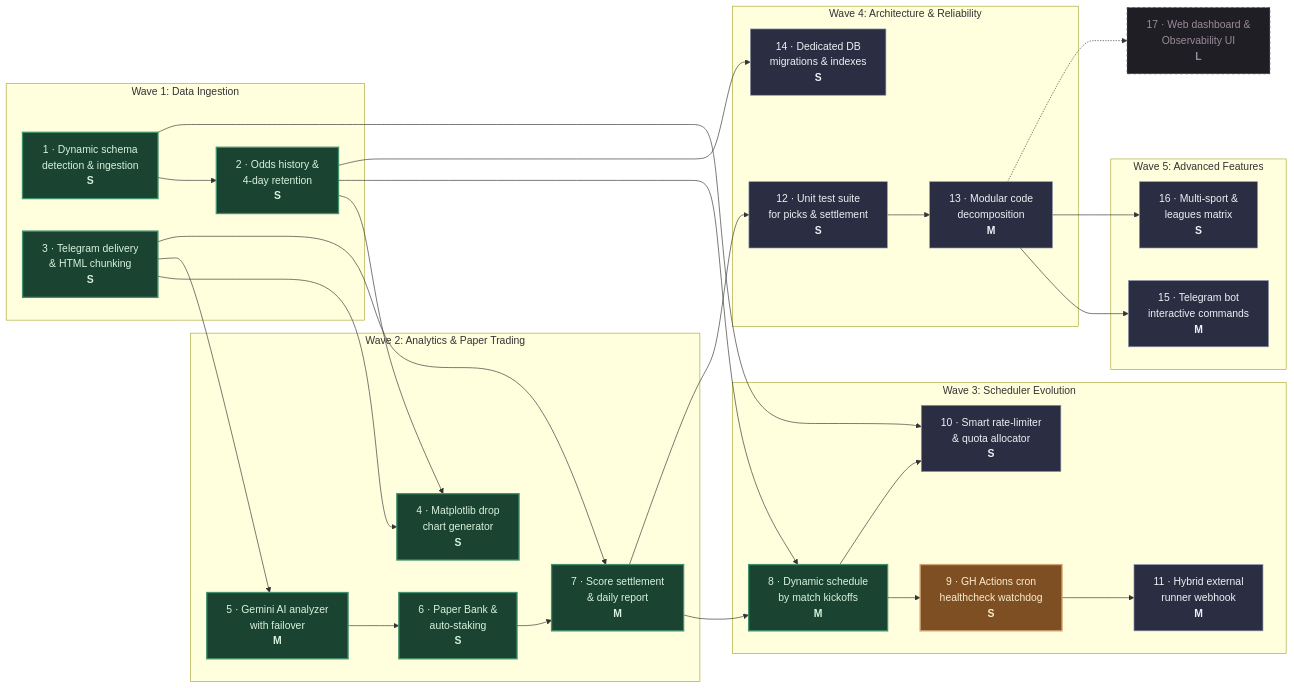
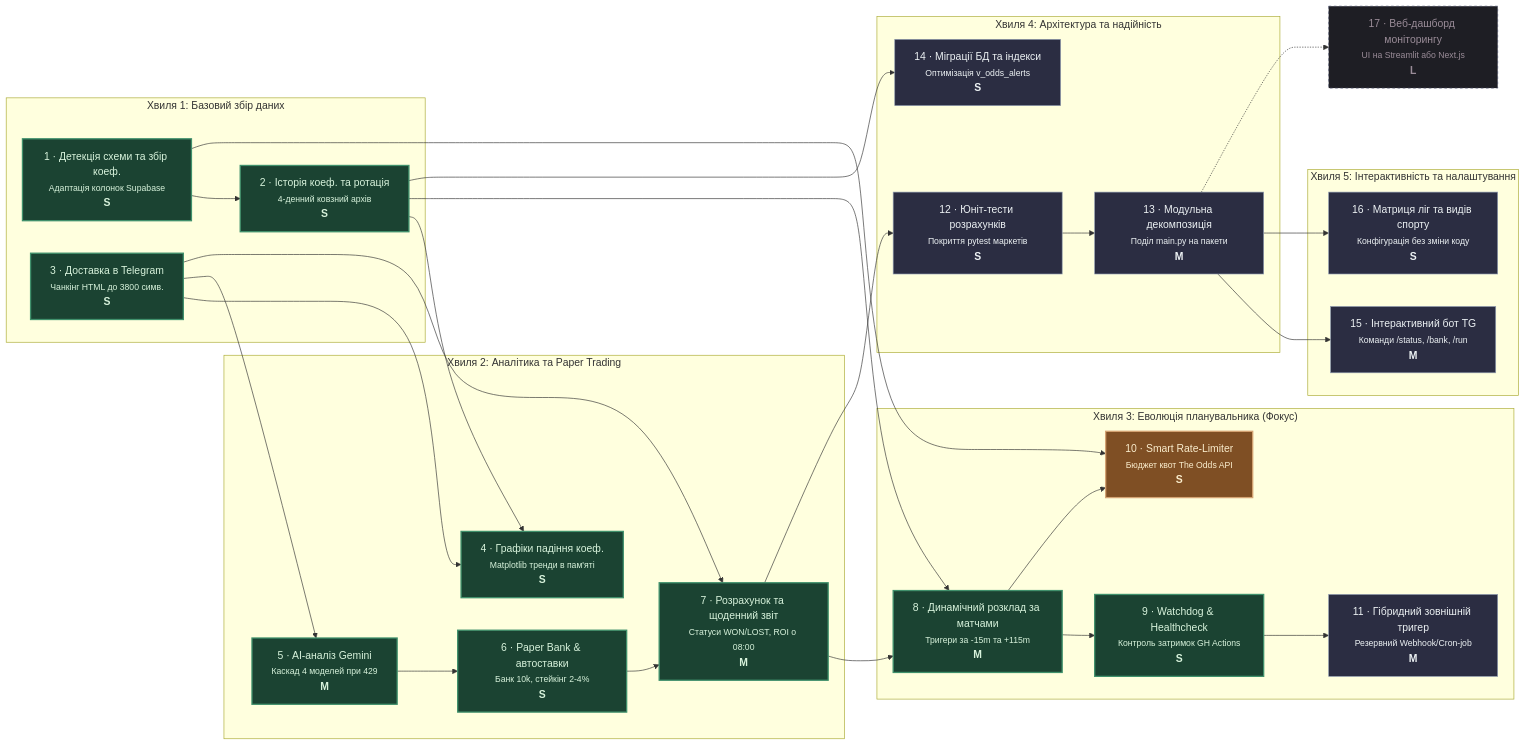
One commit to vsymchak/StatMonitor changed the diagram in docs/roadmap-diagram.md. Above: the diagram before and after it, drawn with Mermaid. The commit also changed other lines of this file and 7 other files, not shown here.

Commit message:
feat: implement watchdog (step 9) and localize roadmap diagram to Ukrainian

````diff
--- a/docs/roadmap-diagram.md
+++ b/docs/roadmap-diagram.md
@@ -7,69 +8,69 @@
 ```mermaid
 flowchart LR
     classDef shipped fill:#1b4332,stroke:#40916c,color:#d8f3dc,stroke-width:2px;
     classDef in_progress fill:#7f4f24,stroke:#d4a373,color:#faedcd,stroke-width:2px;
     classDef idea fill:#2b2d42,stroke:#8d99ae,color:#edf2f4,stroke-width:1px;
     classDef fog fill:#1e1e24,stroke:#4a4e69,color:#9a8c98,stroke-width:1px,stroke-dasharray: 4 4;
 
-    subgraph Wave1["Wave 1: Data Ingestion"]
-        1["1 · Dynamic schema<br>detection & ingestion<br><b>S</b>"]:::shipped
-        2["2 · Odds history &<br>4-day retention<br><b>S</b>"]:::shipped
-        3["3 · Telegram delivery<br>& HTML chunking<br><b>S</b>"]:::shipped
+    subgraph Wave1["Хвиля 1: Базовий збір даних"]
+        1["1 · Детекція схеми та збір коеф.<br><small>Адаптація колонок Supabase</small><br><b>S</b>"]:::shipped
+        2["2 · Історія коеф. та ротація<br><small>4-денний ковзний архів</small><br><b>S</b>"]:::shipped
+        3["3 · Доставка в Telegram<br><small>Чанкінг HTML до 3800 симв.</small><br><b>S</b>"]:::shipped
     end
 
-    subgraph Wave2["Wave 2: Analytics & Paper Trading"]
-        4["4 · Matplotlib drop<br>chart generator<br><b>S</b>"]:::shipped
-        5["5 · Gemini AI analyzer<br>with failover<br><b>M</b>"]:::shipped
-        6["6 · Paper Bank &<br>auto-staking<br><b>S</b>"]:::shipped
-        7["7 · Score settlement<br>& daily report<br><b>M</b>"]:::shipped
+    subgraph Wave2["Хвиля 2: Аналітика та Paper Trading"]
+        4["4 · Графіки падіння коеф.<br><small>Matplotlib тренди в пам'яті</small><br><b>S</b>"]:::shipped
+        5["5 · AI-аналіз Gemini<br><small>Каскад 4 моделей при 429</small><br><b>M</b>"]:::shipped
+        6["6 · Paper Bank & автоставки<br><small>Банк 10k, стейкінг 2-4%</small><br><b>S</b>"]:::shipped
+        7["7 · Розрахунок та щоденний звіт<br><small>Статуси WON/LOST, ROI о 08:00</small><br><b>M</b>"]:::shipped
     end
 
-    subgraph Wave3["Wave 3: Scheduler Evolution"]
-        8["8 · Dynamic schedule<br>by match kickoffs<br><b>M</b>"]:::shipped
-        9["9 · GH Actions cron<br>healthcheck watchdog<br><b>S</b>"]:::in_progress
-        10["10 · Smart rate-limiter<br>& quota allocator<br><b>S</b>"]:::idea
-        11["11 · Hybrid external<br>runner webhook<br><b>M</b>"]:::idea
+    subgraph Wave3["Хвиля 3: Еволюція планувальника (Фокус)"]
+        8["8 · Динамічний розклад за матчами<br><small>Тригери за -15m та +115m</small><br><b>M</b>"]:::shipped
+        9["9 · Watchdog & Healthcheck<br><small>Контроль затримок GH Actions</small><br><b>S</b>"]:::shipped
+        10["10 · Smart Rate-Limiter<br><small>Бюджет квот The Odds API</small><br><b>S</b>"]:::in_progress
+        11["11 · Гібридний зовнішній тригер<br><small>Резервний Webhook/Cron-job</small><br><b>M</b>"]:::idea
     end
 
-    subgraph Wave4["Wave 4: Architecture & Reliability"]
-        12["12 · Unit test suite<br>for picks & settlement<br><b>S</b>"]:::idea
-        13["13 · Modular code<br>decomposition<br><b>M</b>"]:::idea
-        14["14 · Dedicated DB<br>migrations & indexes<br><b>S</b>"]:::idea
+    subgraph Wave4["Хвиля 4: Архітектура та надійність"]
+        12["12 · Юніт-тести розрахунків<br><small>Покриття pytest маркетів</small><br><b>S</b>"]:::idea
+        13["13 · Модульна декомпозиція<br><small>Поділ main.py на пакети</small><br><b>M</b>"]:::idea
+        14["14 · Міграції БД та індекси<br><small>Оптимізація v_odds_alerts</small><br><b>S</b>"]:::idea
     end
 
-    subgraph Wave5["Wave 5: Advanced Features"]
-        15["15 · Telegram bot<br>interactive commands<br><b>M</b>"]:::idea
-        16["16 · Multi-sport &<br>leagues matrix<br><b>S</b>"]:::idea
+    subgraph Wave5["Хвиля 5: Інтерактивність та налаштування"]
+        15["15 · Інтерактивний бот TG<br><small>Команди /status, /bank, /run</small><br><b>M</b>"]:::idea
+        16["16 · Матриця ліг та видів спорту<br><small>Конфігурація без зміни коду</small><br><b>S</b>"]:::idea
     end
 
-    17["17 · Web dashboard &<br>Observability UI<br><b>L</b>"]:::fog
+    17["17 · Веб-дашборд моніторингу<br><small>UI на Streamlit або Next.js</small><br><b>L</b>"]:::fog
 
-    %% Dependencies
+    %% Залежності Хвилі 1 і 2
     1 --> 2
     2 --> 4
     3 --> 4
     3 --> 5
     5 --> 6
     6 --> 7
     3 --> 7
 
-    %% Scheduler wave connections
+    %% Залежності Хвилі 3 (Планувальник)
     2 --> 8
     7 --> 8
     8 --> 9
     1 --> 10
     8 --> 10
     9 --> 11
 
-    %% Wave 4 connections
+    %% Залежності Хвилі 4
     7 --> 12
     12 --> 13
     2 --> 14
 
-    %% Wave 5 connections
+    %% Залежності Хвилі 5
     13 --> 15
     13 --> 16
 
-    %% Fog connections
+    %% Fog
     13 -.-> 17
 ```
````
